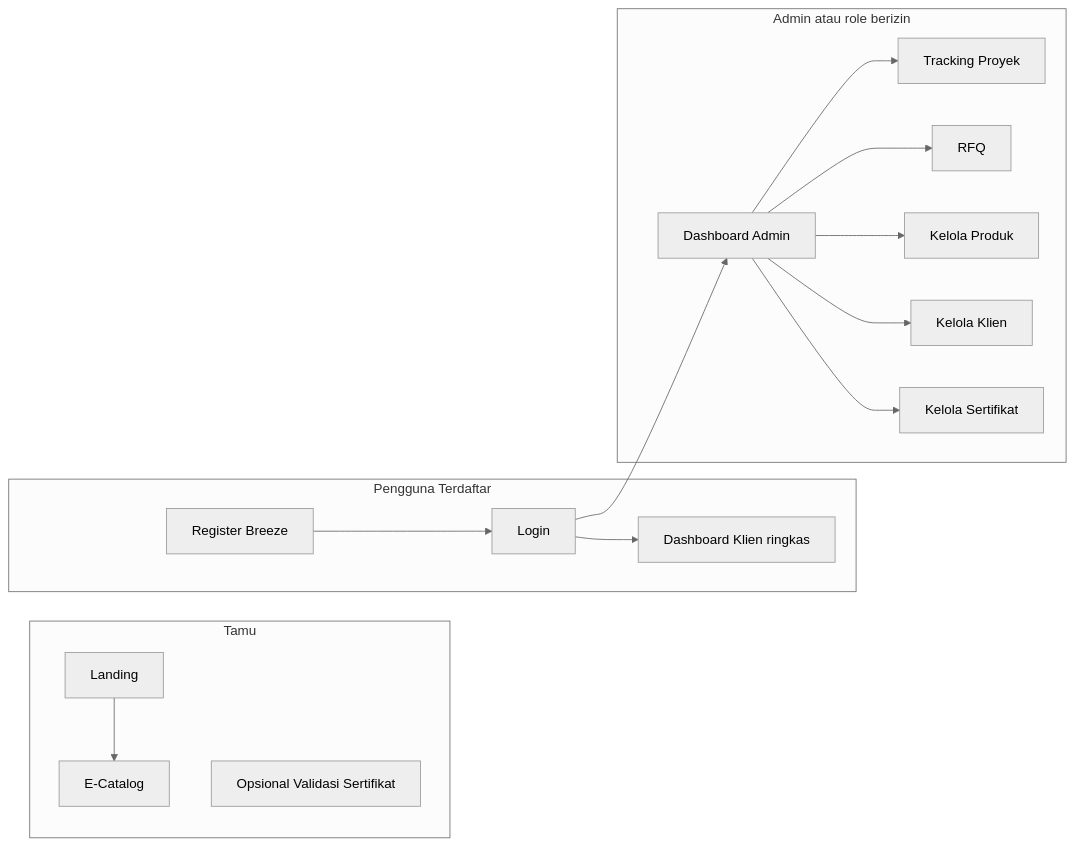
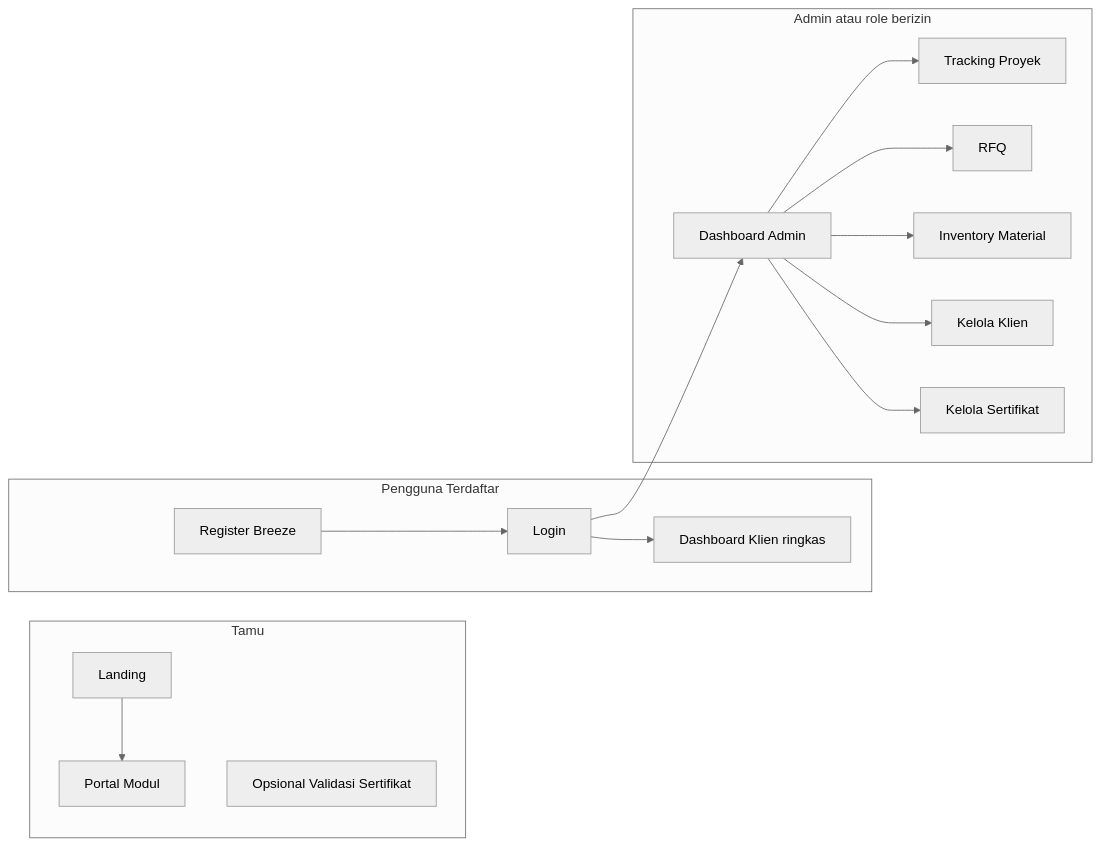
Before and after one commit to Ga2ng/integrated_operational_system: the second of 2 diagrams in docs/PROJECT_PLAN.md, drawn with Mermaid (neutral theme). The commit also changed other lines of this file and 45 other files, not shown here.

Commit message:
Refactor Catalog and RFQ handling: Replace Product model with MaterialInventory, update RFQ structure to include request titles and material items, and enhance admin dashboard with new inventory metrics. Remove ProductController and adjust related views and permissions accordingly.

````diff
--- a/docs/PROJECT_PLAN.md
+++ b/docs/PROJECT_PLAN.md
@@ -73,30 +74,30 @@
 ```mermaid
 flowchart LR
     subgraph public [Tamu]
         Landing[Landing]
-        Catalog[E-Catalog]
+        Catalog[Portal Modul]
         Validate[Opsional Validasi Sertifikat]
     end
     subgraph auth [Pengguna Terdaftar]
         Register[Register Breeze]
         Login[Login]
         DashboardClient[Dashboard Klien ringkas]
     end
     subgraph admin [Admin atau role berizin]
         DashAdmin[Dashboard Admin]
         Proj[Tracking Proyek]
         Rfq[RFQ]
-        Prod[Kelola Produk]
+        Inv[Inventory Material]
         Cli[Kelola Klien]
         Cert[Kelola Sertifikat]
     end
     Landing --> Catalog
     Register --> Login
     Login --> DashboardClient
     Login --> DashAdmin
     DashAdmin --> Proj
     DashAdmin --> Rfq
-    DashAdmin --> Prod
+    DashAdmin --> Inv
     DashAdmin --> Cli
     DashAdmin --> Cert
 ```
````
